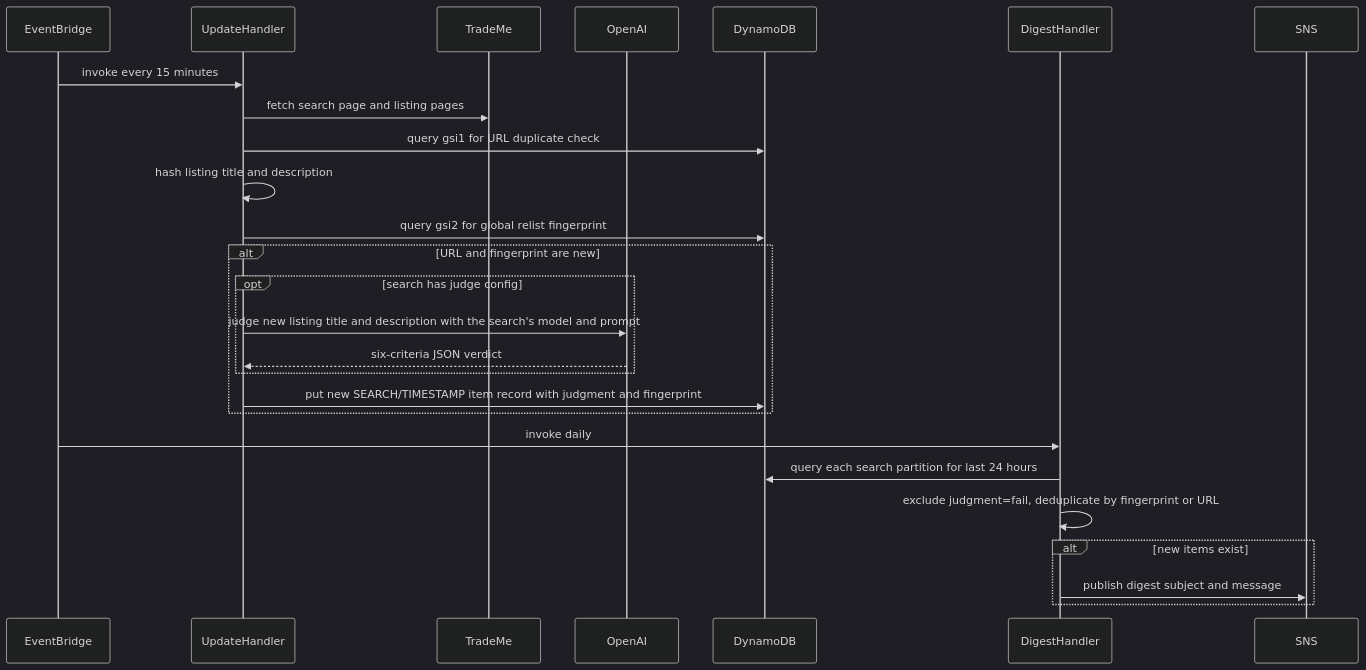
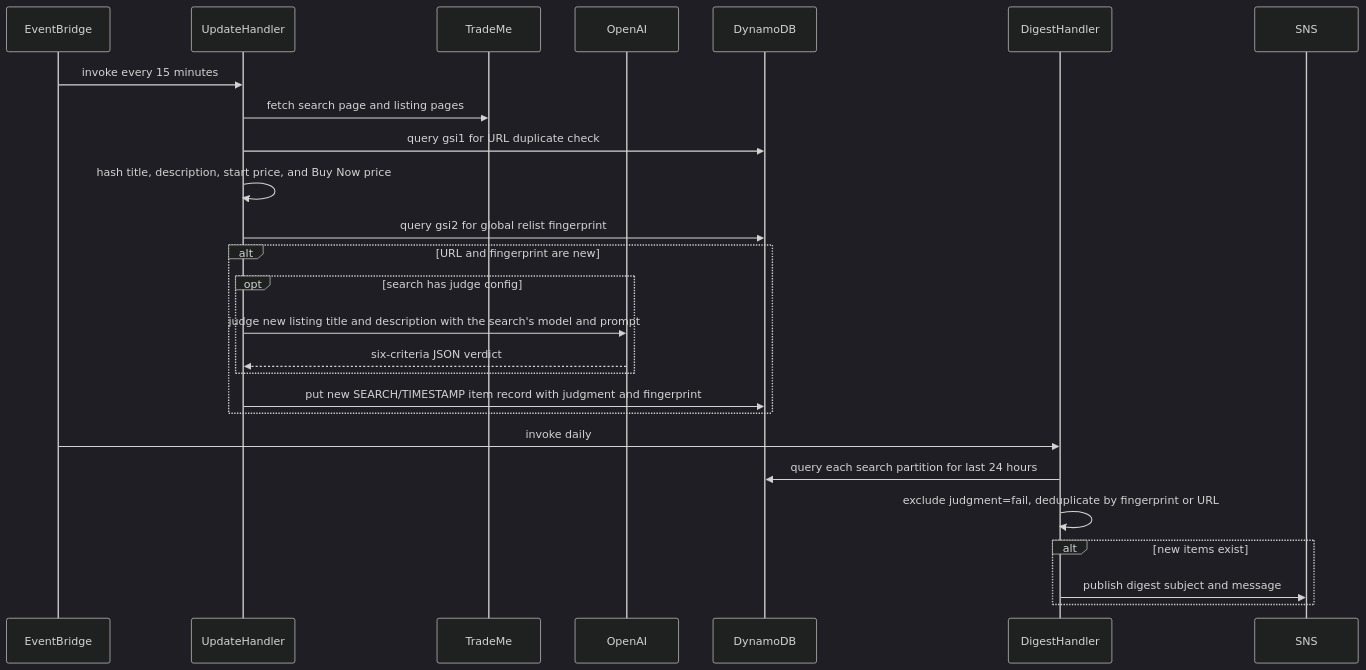
One commit to jordansimsmith/jordansimsmith-com changed the second of 2 diagrams in auction_tracker_api/README.md. Above: the diagram before and after it, drawn with Mermaid (dark theme). The commit also changed other lines of this file and 10 other files, not shown here.

````diff
--- a/auction_tracker_api/README.md
+++ b/auction_tracker_api/README.md
@@ -66,29 +67,29 @@
 ```mermaid
 sequenceDiagram
   participant EventBridge
   participant UpdateHandler
   participant TradeMe
   participant OpenAI
   participant DynamoDB
   participant DigestHandler
   participant SNS
 
   EventBridge->>UpdateHandler: invoke every 15 minutes
   UpdateHandler->>TradeMe: fetch search page and listing pages
   UpdateHandler->>DynamoDB: query gsi1 for URL duplicate check
-  UpdateHandler->>UpdateHandler: hash listing title and description
+  UpdateHandler->>UpdateHandler: hash title, description, start price, and Buy Now price
   UpdateHandler->>DynamoDB: query gsi2 for global relist fingerprint
   alt URL and fingerprint are new
     opt search has judge config
       UpdateHandler->>OpenAI: judge new listing title and description with the search's model and prompt
       OpenAI-->>UpdateHandler: six-criteria JSON verdict
     end
     UpdateHandler->>DynamoDB: put new SEARCH/TIMESTAMP item record with judgment and fingerprint
   end
   EventBridge->>DigestHandler: invoke daily
   DigestHandler->>DynamoDB: query each search partition for last 24 hours
   DigestHandler->>DigestHandler: exclude judgment=fail, deduplicate by fingerprint or URL
   alt new items exist
     DigestHandler->>SNS: publish digest subject and message
   end
 ```
````
